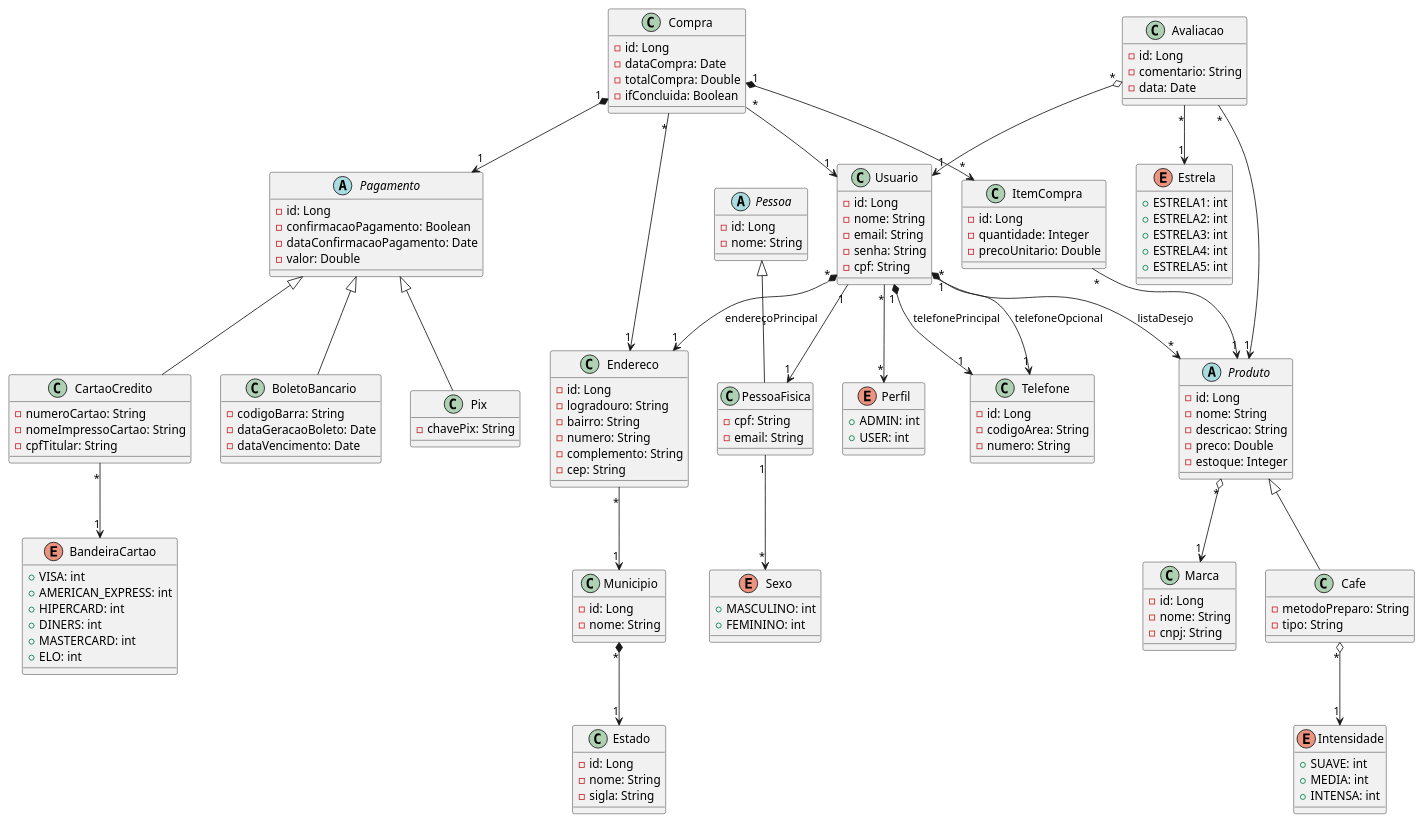
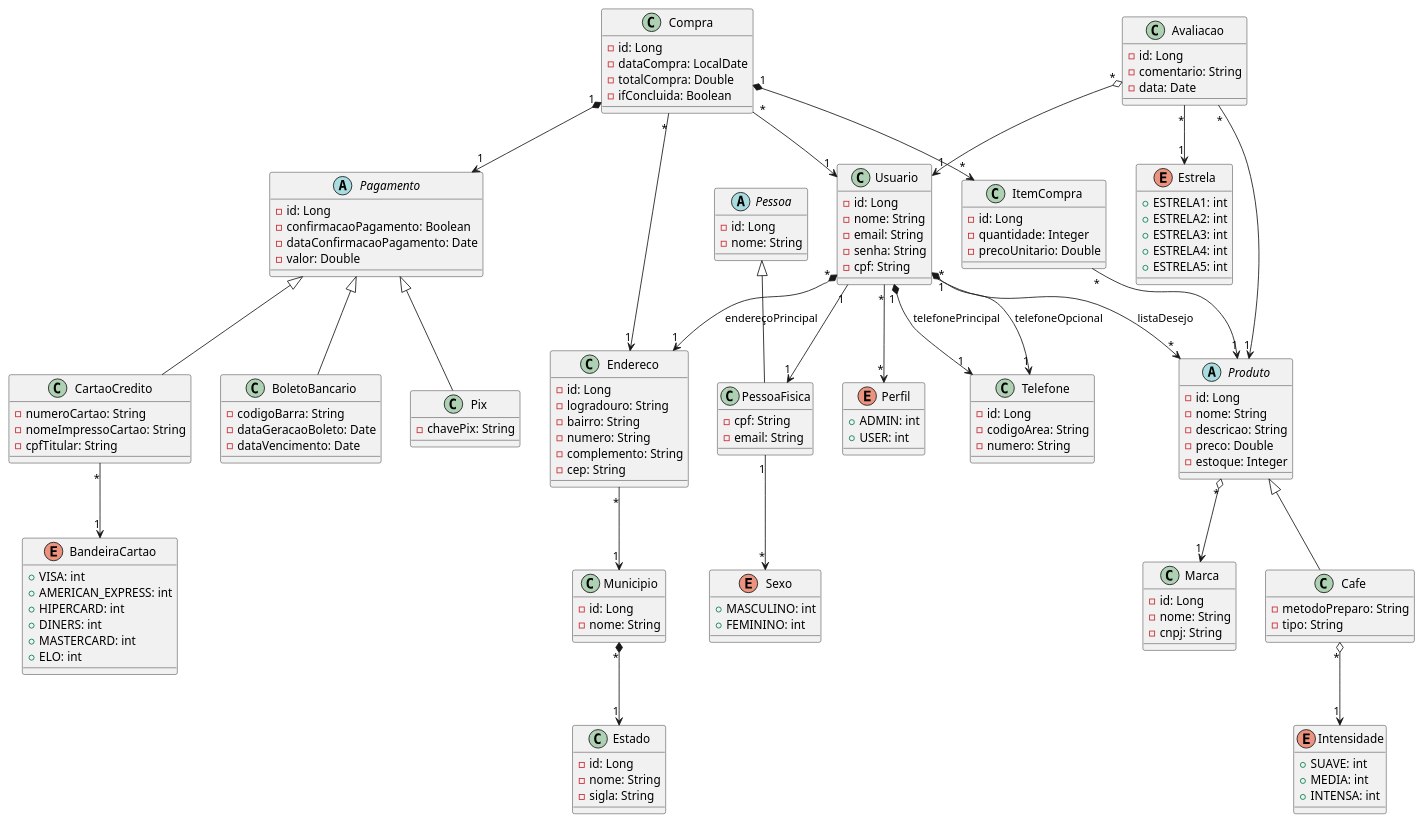
The diagram in JavaCoffee.plantuml (emannuelop/JavaCoffee-eCommerce), drawn with PlantUML before and after one commit. The commit also changed 10 other files, not shown here.

```diff
--- a/JavaCoffee.plantuml
+++ b/JavaCoffee.plantuml
@@ -1,200 +1,200 @@
 @startuml Coffee-eCommerce
 
     abstract class Produto {
 
         - id: Long
         - nome: String
         - descricao: String
         - preco: Double
         - estoque: Integer
     }
 
     class Cafe {
 
         - metodoPreparo: String
         - tipo: String
     }
 
     enum Intensidade {
 
         + SUAVE: int
         + MEDIA: int
         + INTENSA: int
     }
 
     class Marca {
 
         - id: Long
         - nome: String
         - cnpj: String
     }
 
     abstract class Pessoa {
 
         - id: Long
         - nome: String
     }
 
     class PessoaFisica {
 
         - cpf: String
         - email: String
     }
 
     enum Sexo {
 
         + MASCULINO: int
         + FEMININO: int
     }
 
     enum Perfil {
 
         + ADMIN: int
         + USER: int
     }
 
     class Usuario {
 
         - id: Long
         - nome: String
         - email: String
         - senha: String
         - cpf: String
     }
 
     class Telefone {
 
         - id: Long
         - codigoArea: String
         - numero: String
     }
 
     class Compra {
 
         - id: Long
-        - dataCompra: Date
+        - dataCompra: LocalDate
         - totalCompra: Double
         - ifConcluida: Boolean
     }
 
     class ItemCompra {
 
         - id: Long
         - quantidade: Integer
         - precoUnitario: Double
     }
 
     class Endereco {
 
         - id: Long
         - logradouro: String
         - bairro: String
         - numero: String
         - complemento: String
         - cep: String
     }
 
     class Avaliacao {
 
         - id: Long
         - comentario: String
         - data: Date
     }
 
     enum Estrela {
 
         + ESTRELA1: int
         + ESTRELA2: int
         + ESTRELA3: int
         + ESTRELA4: int
         + ESTRELA5: int
     }
 
     abstract class Pagamento {
 
         - id: Long
         - confirmacaoPagamento: Boolean
         - dataConfirmacaoPagamento: Date
         - valor: Double
     }
 
     class BoletoBancario {
 
         - codigoBarra: String
         - dataGeracaoBoleto: Date
         - dataVencimento: Date
     }
 
     class Pix {
 
         - chavePix: String
     }
 
     class CartaoCredito {
 
         - numeroCartao: String
         - nomeImpressoCartao: String
         - cpfTitular: String
     }
 
     enum BandeiraCartao {
 
         + VISA: int
         + AMERICAN_EXPRESS: int
         + HIPERCARD: int
         + DINERS: int
         + MASTERCARD: int
         + ELO: int
     }
 
     class Estado {
 
         - id: Long
         - nome: String
         - sigla: String
     }
 
     class Municipio {
 
         - id: Long
         - nome: String
     }
 
     Produto "*" o--> "1" Marca
 
     Cafe -up-|> Produto
     Cafe "*" o--> "1" Intensidade
 
     Municipio "*" *--> "1" Estado
 
     Endereco "*" --> "1" Municipio
 
     PessoaFisica "1" --> "*" Sexo
 
     PessoaFisica -up-|> Pessoa
 
     Usuario "1" --> "1" PessoaFisica
     Usuario "*" --> "*" Perfil
     Usuario "*" --> "*" Produto: listaDesejo
     Usuario "1" *--> "1" Telefone: telefonePrincipal
     Usuario "1" *--> "1" Telefone: telefoneOpcional
     Usuario "*" *--> "1" Endereco: endereçoPrincipal
 
     ItemCompra "*" --> "1" Produto
 
     BoletoBancario -up-|> Pagamento
 
     Pix -up-|> Pagamento
 
     CartaoCredito -up-|> Pagamento
     CartaoCredito "*" --> "1" BandeiraCartao
 
     Compra "*" --> "1" Usuario
     Compra "1" *--> "*" ItemCompra
     Compra "*" --> "1" Endereco
     Compra "1" *--> "1" Pagamento
 
     Avaliacao "*" --> "1" Estrela
     Avaliacao "*" o--> "1" Usuario
     Avaliacao "*" --> "1" Produto
 @enduml
```
